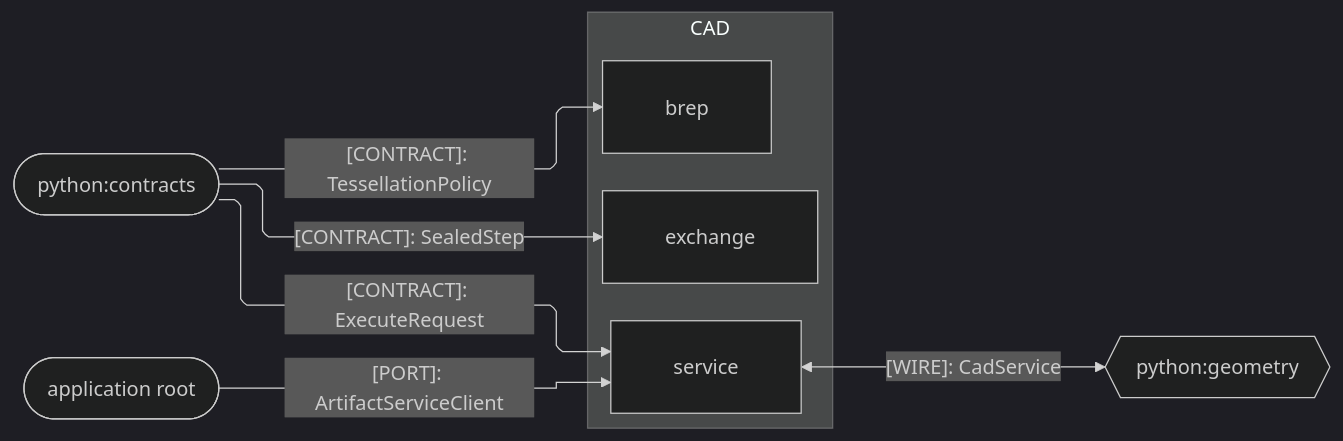
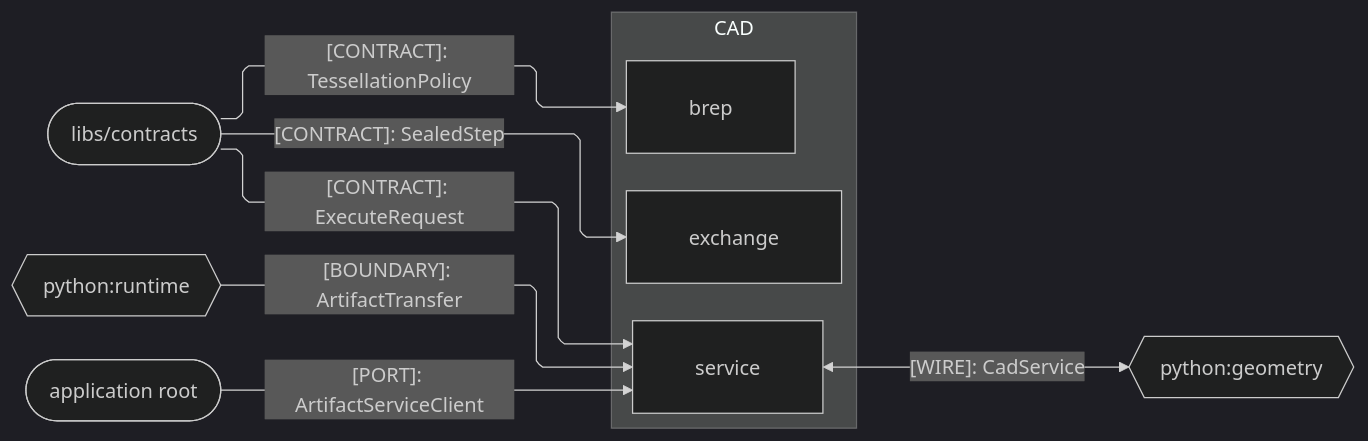
The second of 3 diagrams in libs/python/cad/ARCHITECTURE.md (bsamiee/Rasm), drawn with Mermaid (dark theme) before and after one commit. The commit also changed other lines of this file and 522 other files, not shown here.

First line of the commit message:
rebuild: unify the contracts estate into libs/contracts

````diff
--- a/libs/python/cad/ARCHITECTURE.md
+++ b/libs/python/cad/ARCHITECTURE.md
@@ -100,25 +101,27 @@
 ```mermaid
 ---
 config:
   layout: elk
   flowchart:
     curve: linear
     padding: 25
 ---
 flowchart LR
     accTitle: cad provider seams to its Python branch counterparts
-    accDescr: Provider owners meeting the geometry peer over one Connect wire and reading generated vocabulary from contracts.
+    accDescr: Provider owners meeting the geometry peer over one Connect wire, reading generated vocabulary from the import root and custody from runtime.
     subgraph cad[CAD]
         Service[service]
         Exchange[exchange]
         Brep[brep]
     end
     Geometry{{python:geometry}}
-    Contracts([python:contracts])
+    Contracts([libs/contracts])
+    Runtime{{python:runtime}}
     Root([application root])
     Service e1@<-->|"[WIRE]: CadService"| Geometry
     Contracts e2@-->|"[CONTRACT]: ExecuteRequest"| Service
     Contracts e3@-->|"[CONTRACT]: SealedStep"| Exchange
     Contracts e4@-->|"[CONTRACT]: TessellationPolicy"| Brep
     Root e5@-->|"[PORT]: ArtifactServiceClient"| Service
+    Runtime e6@-->|"[BOUNDARY]: ArtifactTransfer"| Service
 ```
````
